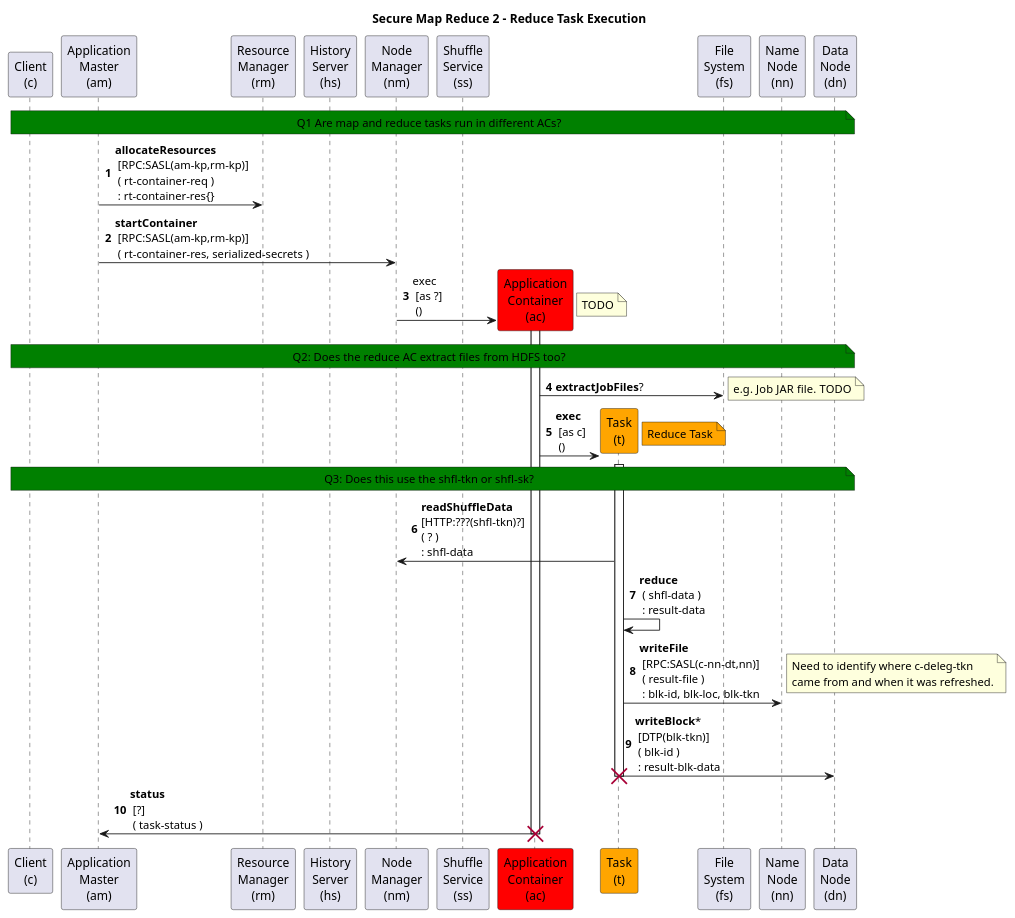
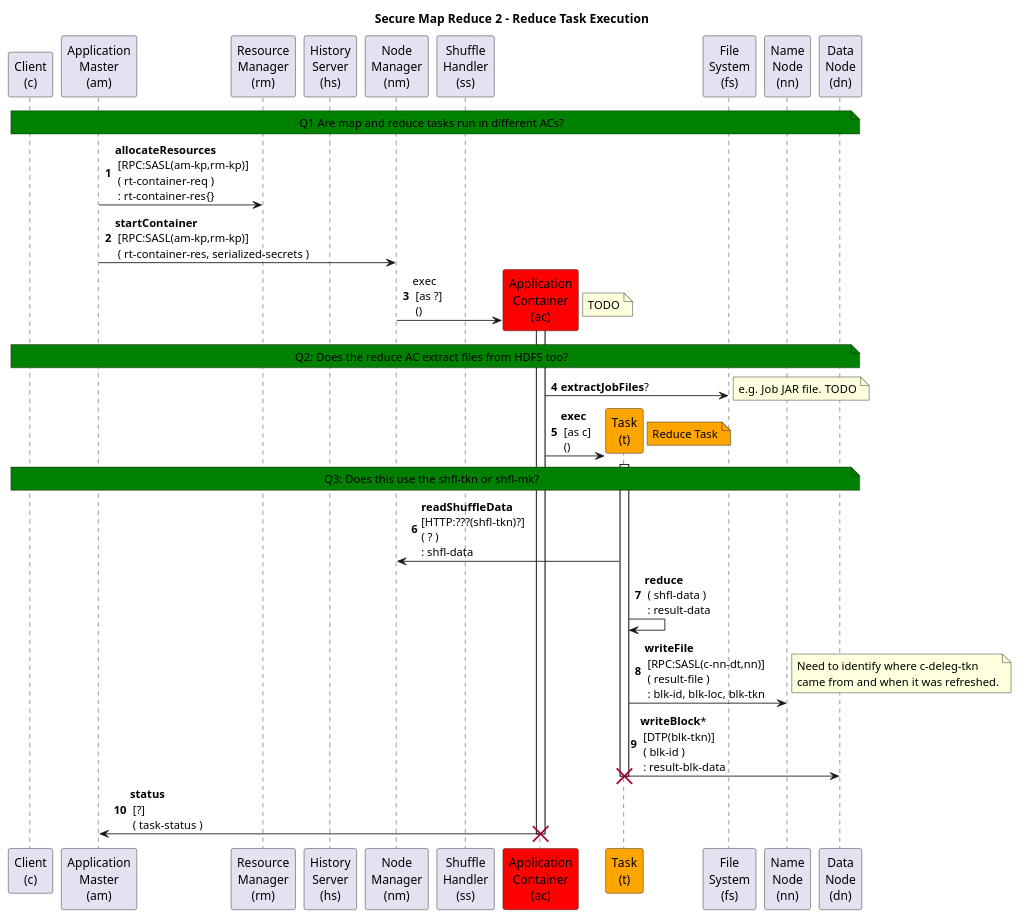
One commit to kminder/puml changed the diagram in hadoop/src/mr2/secure-mapreduce2-06-reduce-task-execution.puml. Above: the diagram before and after it, drawn with PlantUML. The commit also changed 37 other files, not shown here.

```diff
--- a/hadoop/src/mr2/secure-mapreduce2-06-reduce-task-execution.puml
+++ b/hadoop/src/mr2/secure-mapreduce2-06-reduce-task-execution.puml
@@ -1,78 +1,78 @@
 @startuml
 title Secure Map Reduce 2 - Reduce Task Execution
 autonumber
 'hide footbox
 
 'participant "Kerberos\nKDC" as KDC
 participant "Client\n(c)" as C
 participant "Application\nMaster\n(am)" as AM
 'participant "Client\nService\n(cs)" as CS
 participant "Resource\nManager\n(rm)" as RM
 participant "History\nServer\n(hs)" as HS
 participant "Node\nManager\n(nm)" as NM
-participant "Shuffle\nService\n(ss)" as SS
+participant "Shuffle\nHandler\n(ss)" as SS
 participant "Application\nContainer\n(ac)" as AC #red
 participant "Task\n(t)" as T #orange
 participant "File\nSystem\n(fs)" as FS
 participant "Name\nNode\n(nn)" as NN
 participant "Data\nNode\n(dn)" as DN
 
-  'note over C,DN #green: QUESTION ?
+'note over C,DN #green: QUESTION ?
 
 note over C,DN #green: Q1 Are map and reduce tasks run in different ACs?
 
 '1
 AM->RM: <b>allocateResources\n [RPC:SASL(am-kp,rm-kp)]\n ( rt-container-req )\n : rt-container-res{}
 
 '2
 AM->NM: <b>startContainer\n [RPC:SASL(am-kp,rm-kp)]\n ( rt-container-res, serialized-secrets )
 
   create AC
 
 '3
 NM->AC: exec\n [as ?]\n ()
   note right: TODO
 
   activate AC
 
 note over C,DN #green: Q2: Does the reduce AC extract files from HDFS too?
 
 '4
 AC->FS: <b>extractJobFiles</b>?
   note right: e.g. Job JAR file.  TODO
 
   create T
 
 '5
 AC->T: <b>exec\n [as c]\n ()
   note right #orange: Reduce Task
 
   activate T
 
-note over C,DN #green: Q3: Does this use the shfl-tkn or shfl-sk?
+note over C,DN #green: Q3: Does this use the shfl-tkn or shfl-mk?
 
 '6
 T->NM: <b>readShuffleData\n[HTTP:???(shfl-tkn)?]\n( ? )\n: shfl-data
-'MR ShuffleService service running in the node manager.  Has the shuffle service has the shuffle secret.
+'MR ShuffleHanlder service running in the NodeManager.  Has the shuffle handler service has the shuffle secret.
 'Task talked to NM/ShuffleServcie to get shfl-data.
 'How does the shuffle service get the shfl-tkn.
 
 '7
 T->T: <b>reduce\n ( shfl-data )\n : result-data
 
 '8
 T->NN: <b>writeFile\n [RPC:SASL(c-nn-dt,nn)]\n ( result-file )\n : blk-id, blk-loc, blk-tkn
   note right: Need to identify where c-deleg-tkn\ncame from and when it was refreshed.
 
 '9
 T->DN: <b>writeBlock</b>*\n [DTP(blk-tkn)]\n ( blk-id )\n : result-blk-data
 
   deactivate T
   destroy T
 
 '10
 AC->AM: <b>status\n [?]\n ( task-status )
   deactivate AC
   destroy AC
 
 @enduml
```
